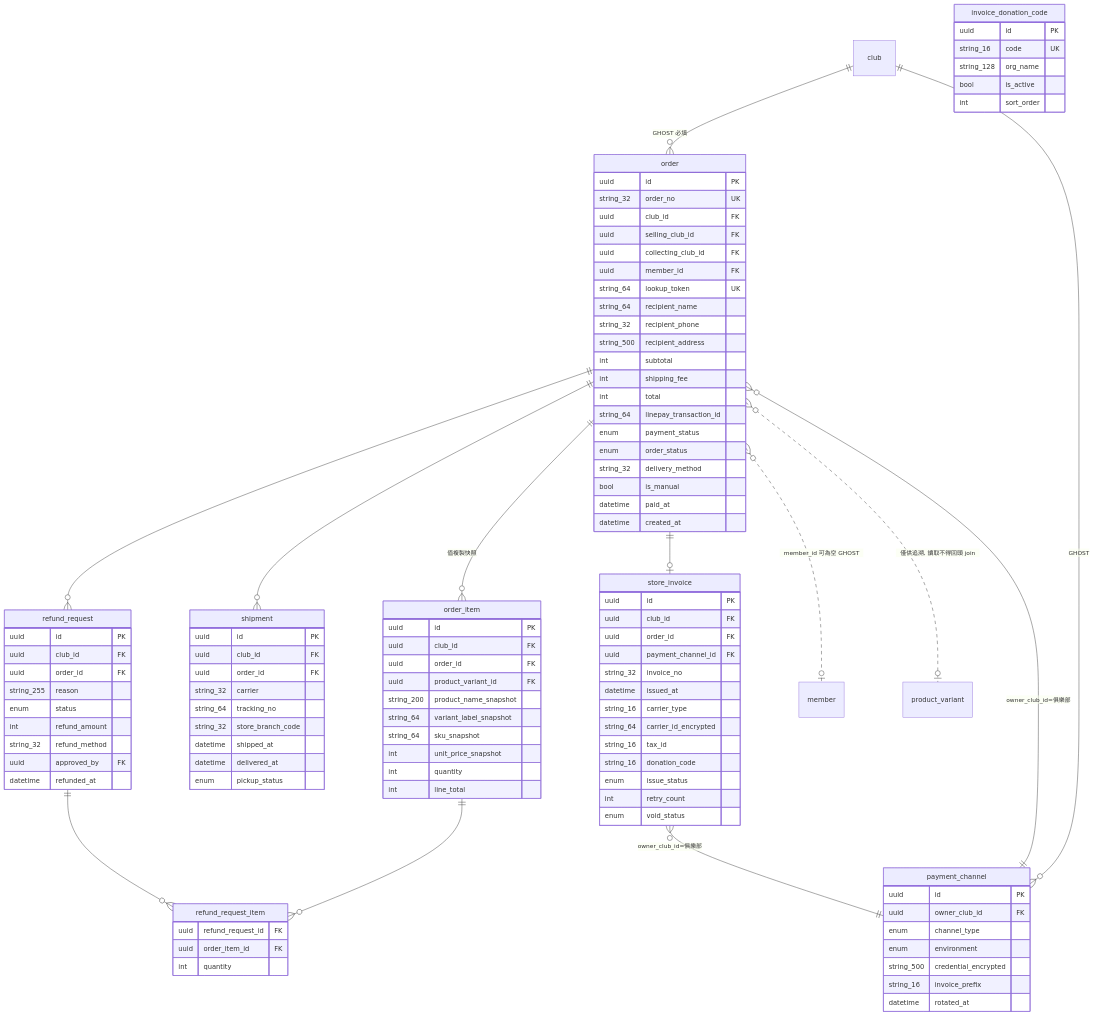
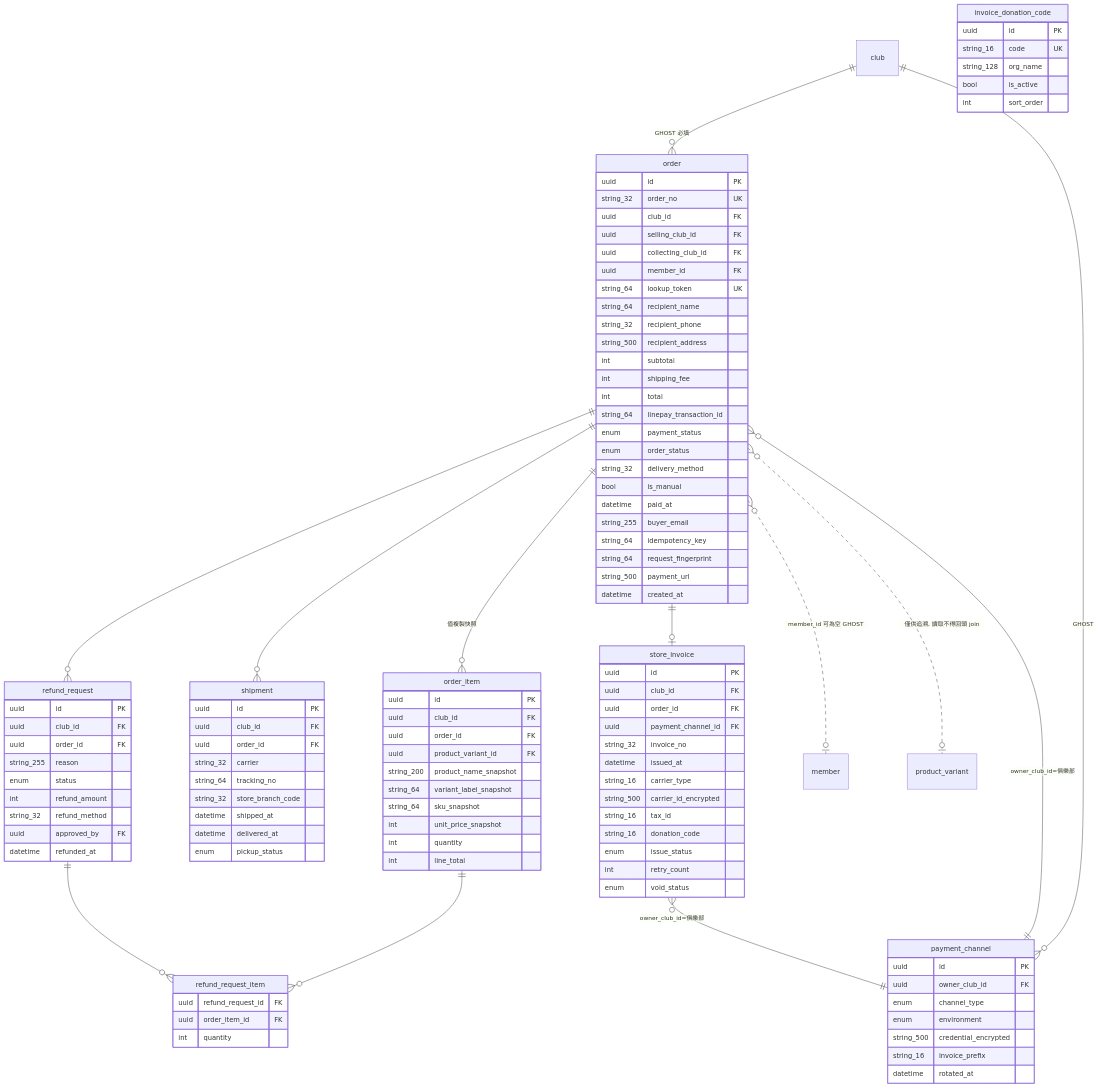
Diagram 13 of 17 in docs/12a-database-erd.md (waiting0201/tcrfc), drawn with Mermaid before and after one commit. The commit also changed other lines of this file and 338 other files, not shown here.

```diff
--- a/docs/12a-database-erd.md
+++ b/docs/12a-database-erd.md
@@ -988,6 +1024,10 @@
     string_32 delivery_method
     bool is_manual
     datetime paid_at
+    string_255 buyer_email
+    string_64 idempotency_key
+    string_64 request_fingerprint
+    string_500 payment_url
     datetime created_at
   }
   order_item {
@@ -1037,7 +1077,7 @@
     string_32 invoice_no
     datetime issued_at
     string_16 carrier_type
-    string_64 carrier_id_encrypted
+    string_500 carrier_id_encrypted
     string_16 tax_id
     string_16 donation_code
     enum issue_status
```
